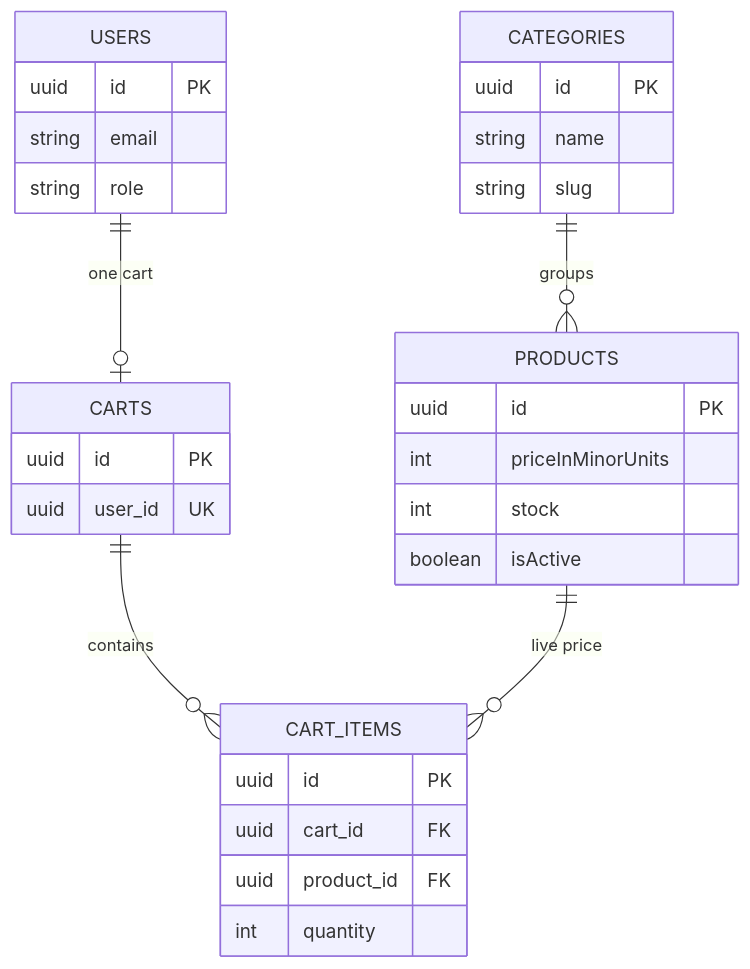
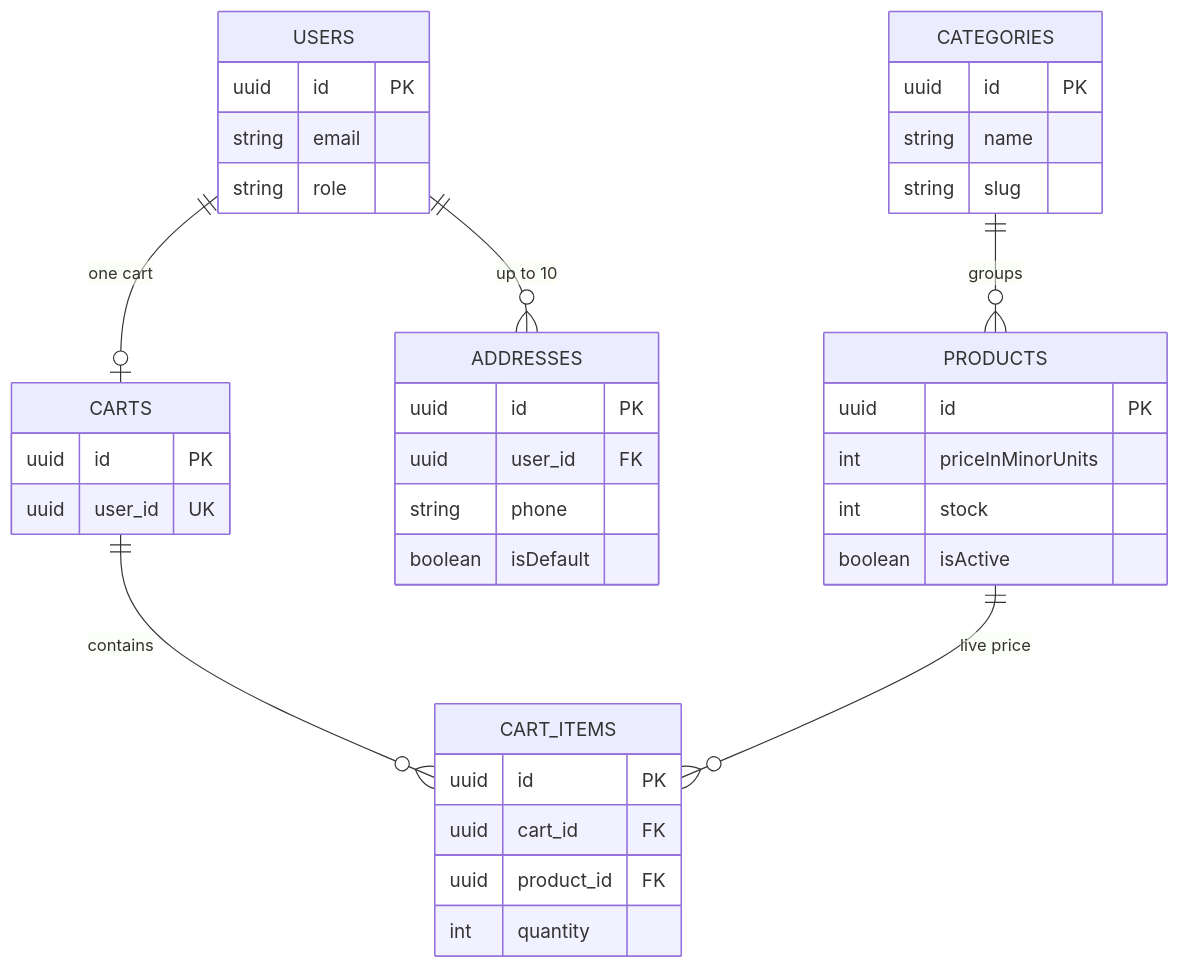
One commit to mahdi-code007/ecommerce-api-typescript changed the fifth of 6 diagrams in README.md. Above: the diagram before and after it, drawn with Mermaid. The commit also changed other lines of this file and 11 other files, not shown here.

First line of the commit message:
feat: add user shipping addresses

````diff
--- a/README.md
+++ b/README.md
@@ -363,33 +398,40 @@
 ```mermaid
 erDiagram
   USERS ||--o| CARTS : "one cart"
+  USERS ||--o{ ADDRESSES : "up to 10"
   CARTS ||--o{ CART_ITEMS : contains
   PRODUCTS ||--o{ CART_ITEMS : "live price"
   CATEGORIES ||--o{ PRODUCTS : groups
   USERS {
     uuid id PK
     string email
     string role
   }
   CARTS {
     uuid id PK
     uuid user_id UK
   }
   CART_ITEMS {
     uuid id PK
     uuid cart_id FK
     uuid product_id FK
     int quantity
   }
+  ADDRESSES {
+    uuid id PK
+    uuid user_id FK
+    string phone
+    boolean isDefault
+  }
   PRODUCTS {
     uuid id PK
     int priceInMinorUnits
     int stock
     boolean isActive
   }
   CATEGORIES {
     uuid id PK
     string name
     string slug
   }
 ```
````
